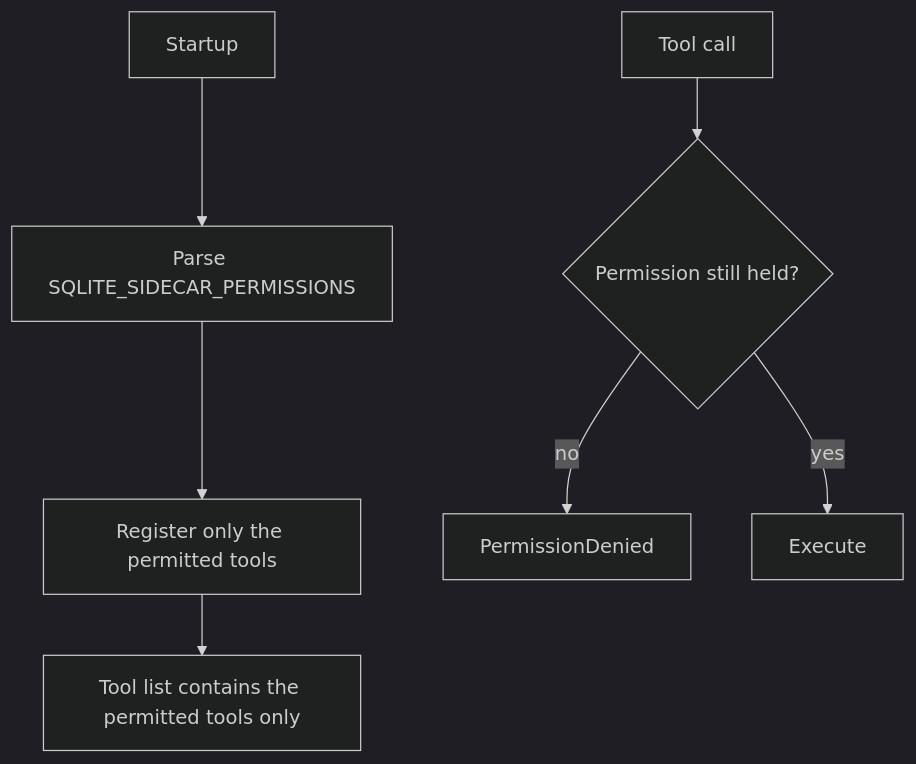
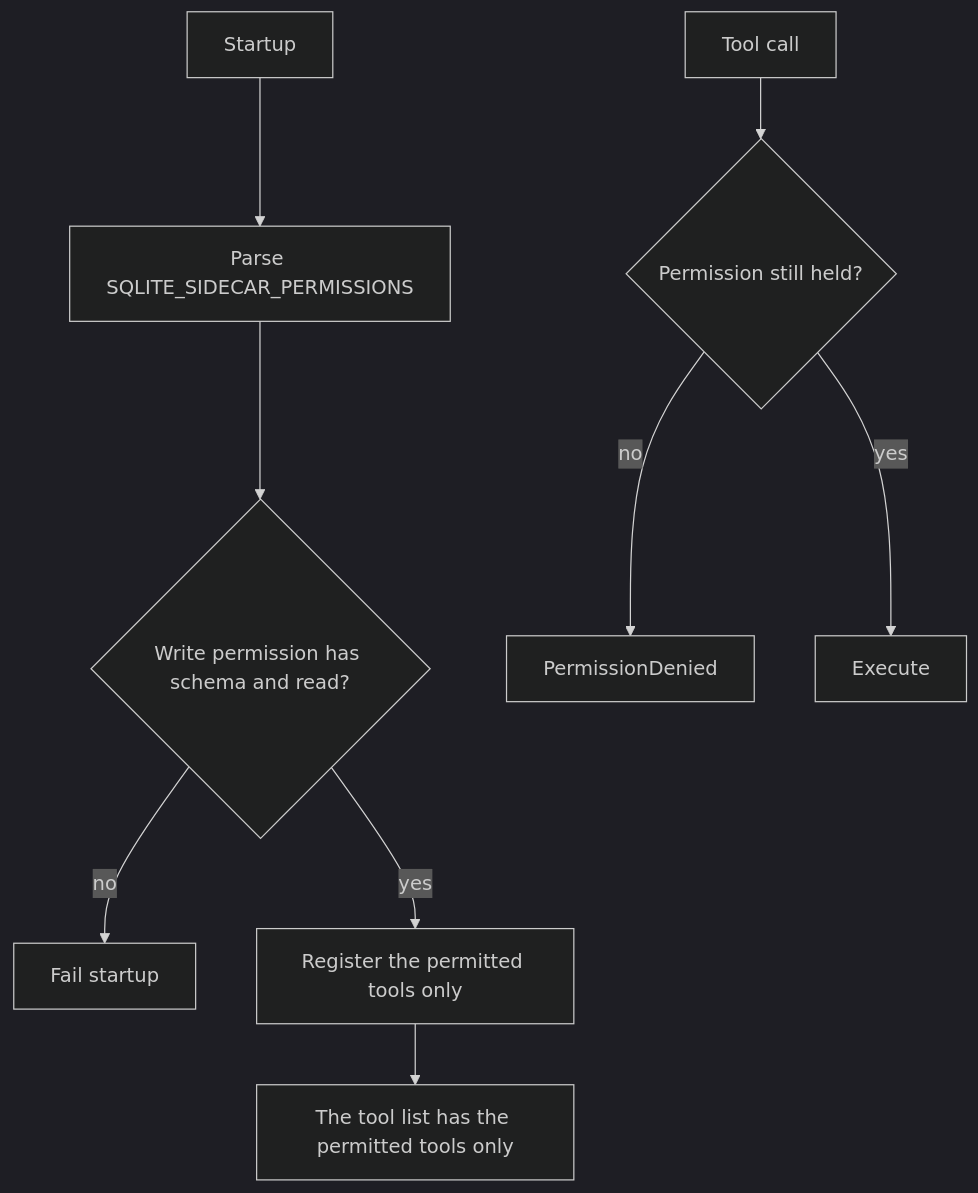
Before and after one commit to xakpc/sqlite-mcp-sidecar: the diagram in .lode/plans/design/mcp-tool-catalog.md, drawn with Mermaid (dark theme). The commit also changed other lines of this file and 28 other files, not shown here.

````diff
--- a/.lode/plans/design/mcp-tool-catalog.md
+++ b/.lode/plans/design/mcp-tool-catalog.md
@@ -62,9 +64,11 @@
 ```mermaid
 flowchart TD
     start[Startup] --> parse[Parse SQLITE_SIDECAR_PERMISSIONS]
-    parse --> filter[Register only the permitted tools]
-    filter --> list[Tool list contains the permitted tools only]
+    parse --> floor{Write permission has schema and read?}
+    floor -->|no| fail[Fail startup]
+    floor -->|yes| filter[Register the permitted tools only]
+    filter --> list[The tool list has the permitted tools only]
     call[Tool call] --> check{Permission still held?}
     check -->|no| pd[PermissionDenied]
     check -->|yes| run[Execute]
 ```
````
